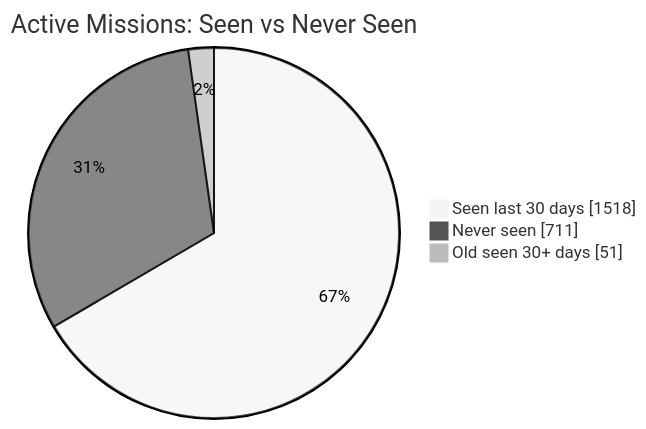
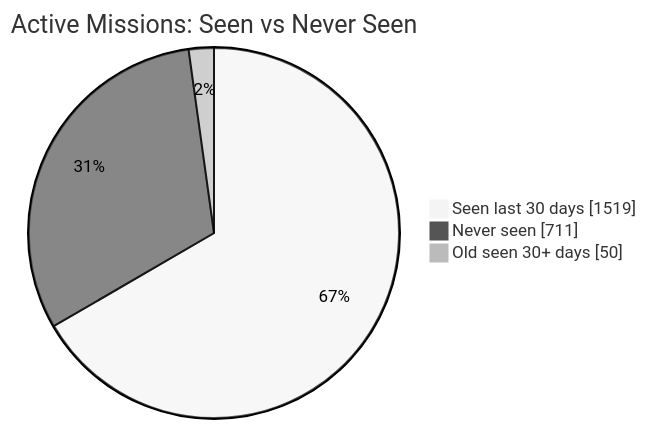
The first of 2 diagrams in README.md (MeldkamerspelGameTeam/active-missions), drawn with Mermaid (neutral theme) before and after one commit. The commit also changed other lines of this file and 2 other files, not shown here.

````diff
--- a/README.md
+++ b/README.md
@@ -34,7 +34,7 @@
 ```mermaid
 pie showData
     title Active Missions: Seen vs Never Seen
-    "Seen last 30 days" : 1518
+    "Seen last 30 days" : 1519
     "Never seen" : 711
-    "Old seen 30+ days" : 51
+    "Old seen 30+ days" : 50
 ```
````
